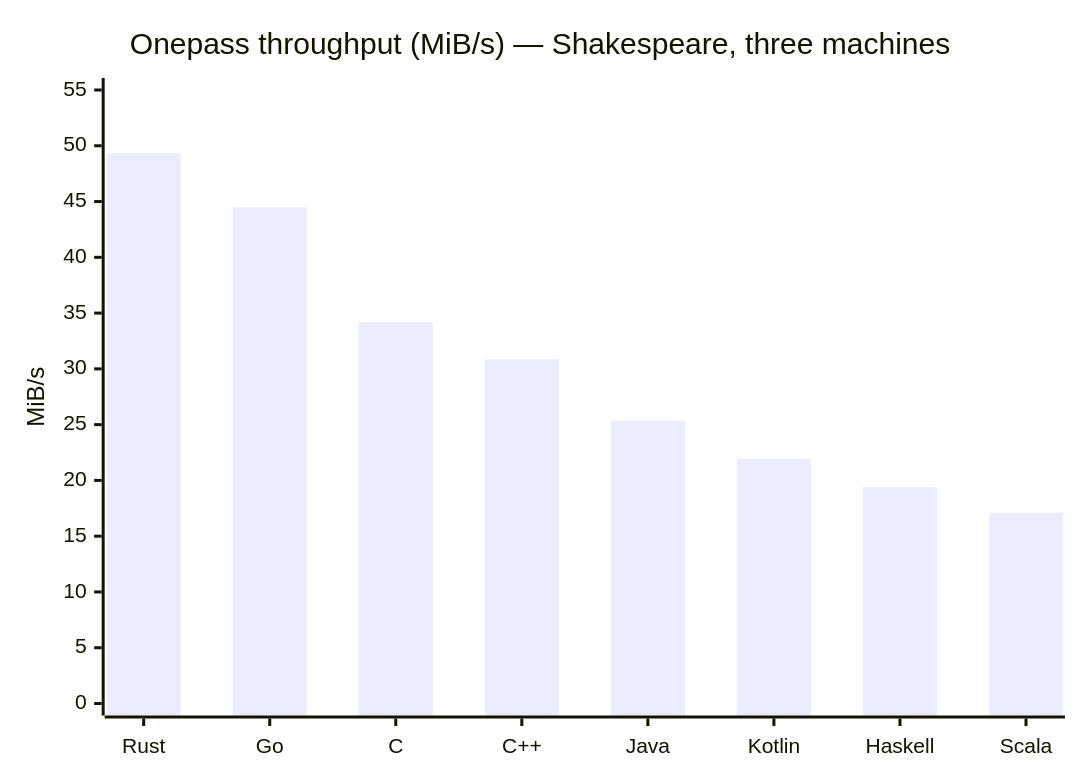
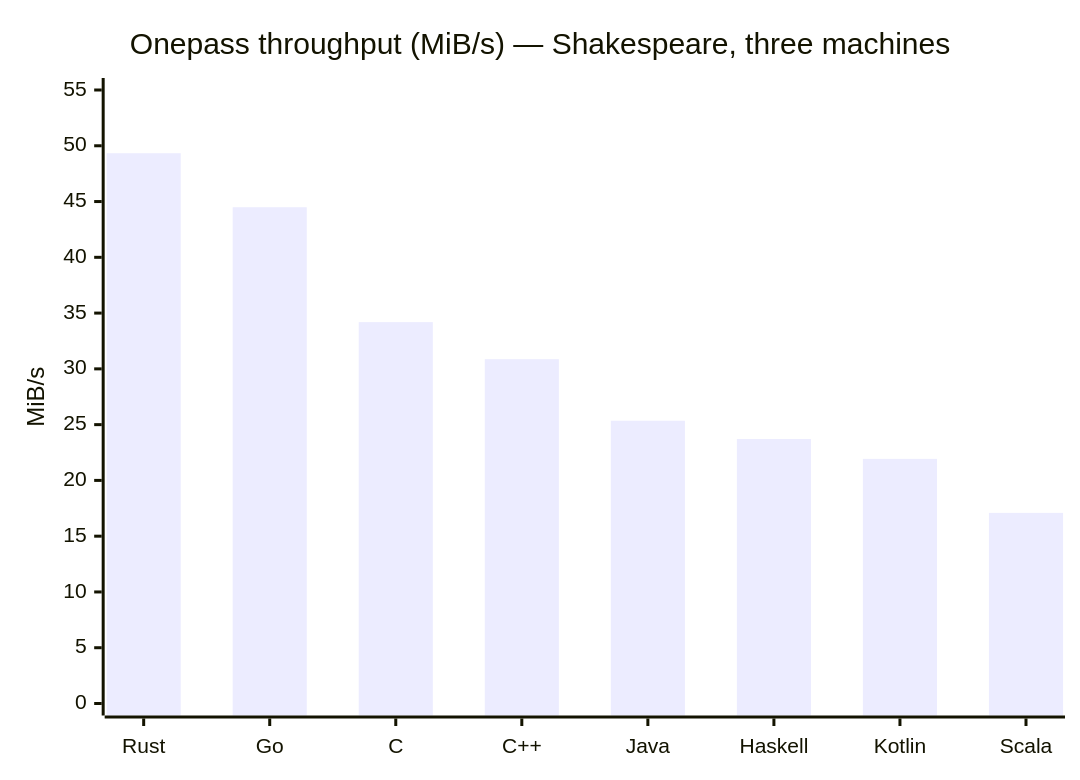
The fifth of 12 diagrams in ANALYSIS.md (darrelllong/Delta-Compression), drawn with Mermaid before and after one commit. The commit also changed other lines of this file, not shown here.

First line of the commit message:
analysis: update Haskell onepass results after malloc reduction

````diff
--- a/ANALYSIS.md
+++ b/ANALYSIS.md
@@ -484,7 +486,7 @@
 ```mermaid
 xychart-beta
     title "Onepass throughput (MiB/s) — Shakespeare, three machines"
-    x-axis ["Rust", "Go", "C", "C++", "Java", "Kotlin", "Haskell", "Scala"]
+    x-axis ["Rust", "Go", "C", "C++", "Java", "Haskell", "Kotlin", "Scala"]
     y-axis "MiB/s" 0 --> 55
-    bar [49.33, 44.49, 34.19, 30.87, 25.35, 21.93, 19.40, 17.09]
+    bar [49.33, 44.49, 34.19, 30.87, 25.35, 23.71, 21.93, 17.09]
 ```
````
